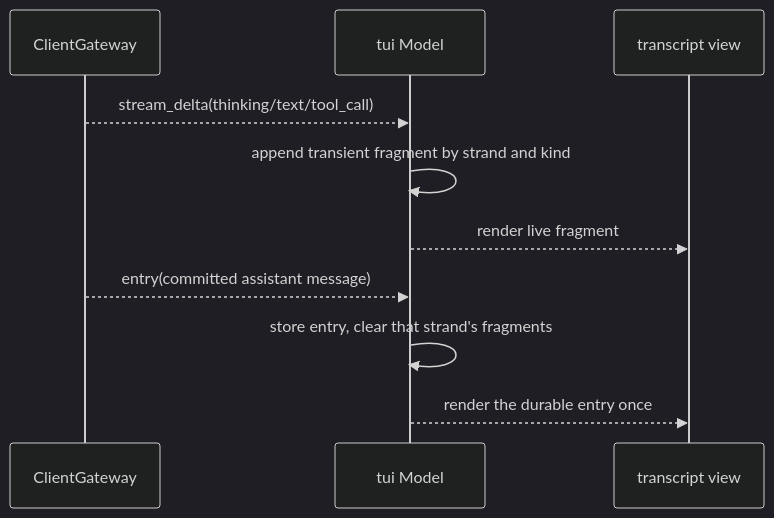
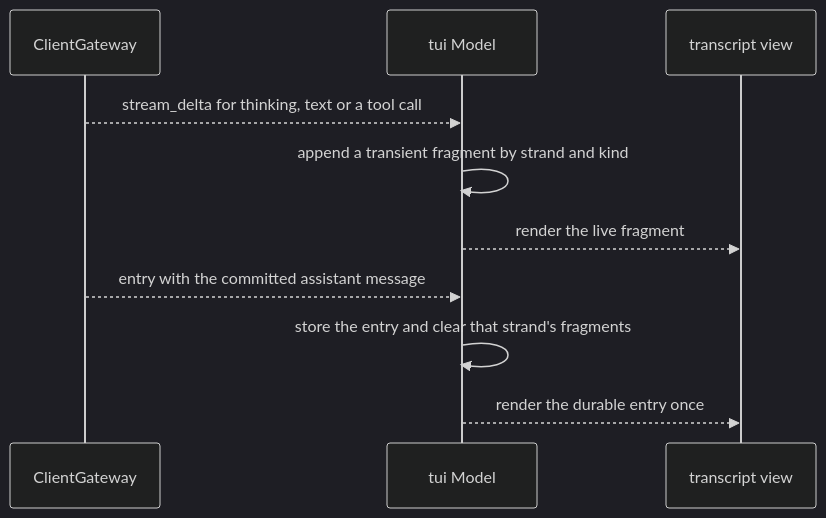
The third of 3 diagrams in packages/tui/README.md (Roasbeef/loom), drawn with Mermaid (dark theme) before and after one commit. The commit also changed other lines of this file, not shown here.

````diff
--- a/packages/tui/README.md
+++ b/packages/tui/README.md
@@ -77,13 +144,13 @@
 ```mermaid
 sequenceDiagram
     participant G as ClientGateway
     participant T as tui Model
     participant V as transcript view
 
-    G-->>T: stream_delta(thinking/text/tool_call)
-    T->>T: append transient fragment by strand and kind
-    T-->>V: render live fragment
-    G-->>T: entry(committed assistant message)
-    T->>T: store entry, clear that strand's fragments
+    G-->>T: stream_delta for thinking, text or a tool call
+    T->>T: append a transient fragment by strand and kind
+    T-->>V: render the live fragment
+    G-->>T: entry with the committed assistant message
+    T->>T: store the entry and clear that strand's fragments
     T-->>V: render the durable entry once
 ```
````
